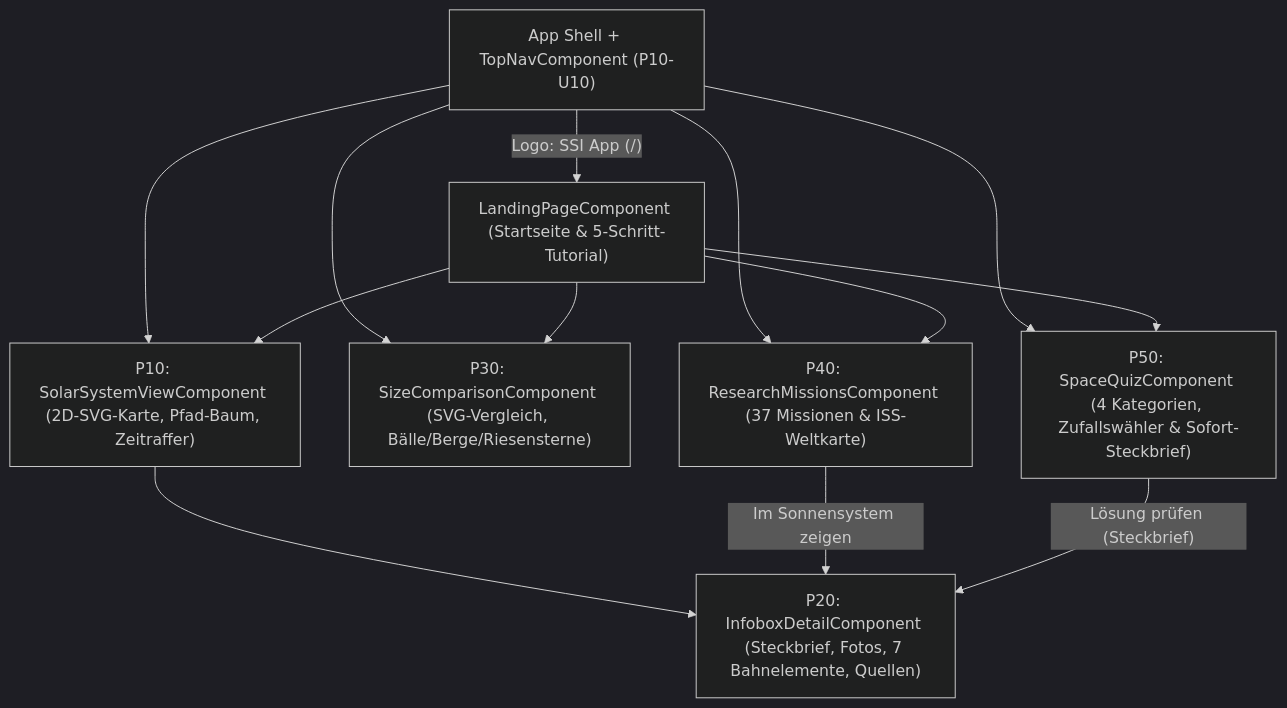
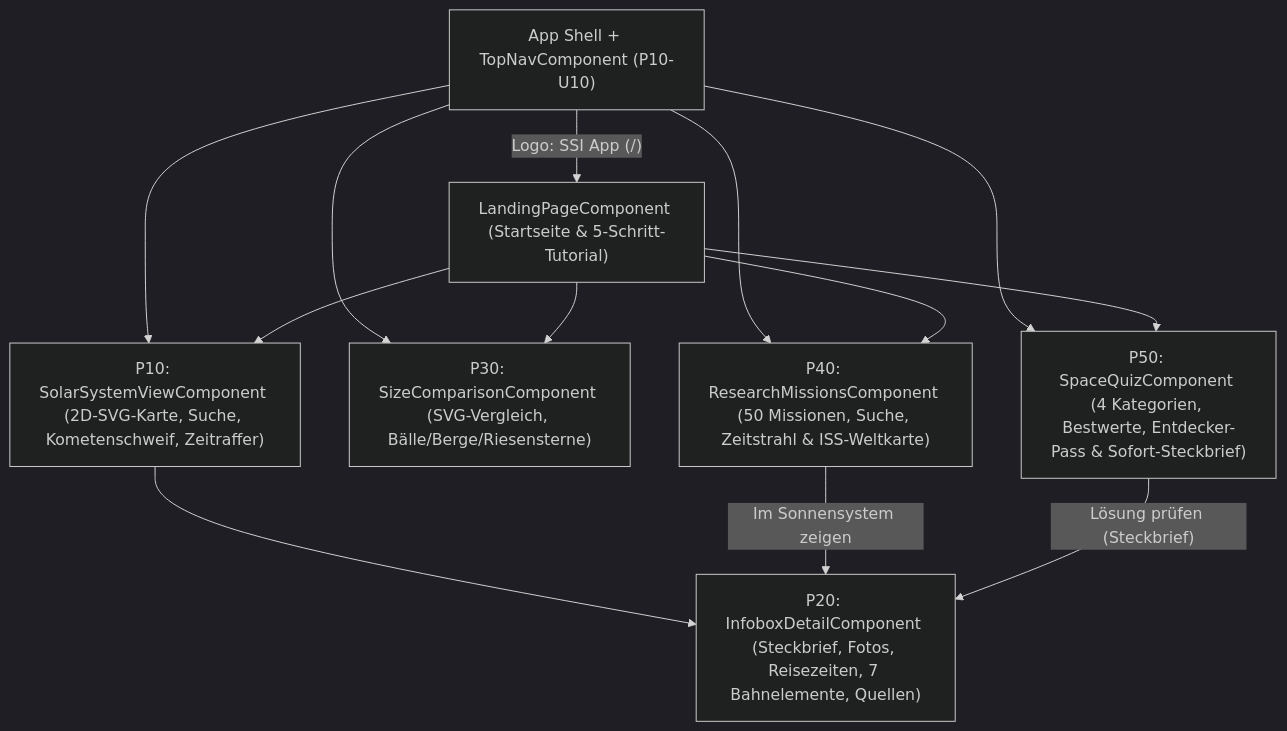
Before and after one commit to J-Moessmer/BITLC-Angular-Solarsystem-Finalproject: the diagram in README.md, drawn with Mermaid (dark theme). The commit also changed other lines of this file and 27 other files, not shown here.

````diff
--- a/README.md
+++ b/README.md
@@ -23,23 +23,23 @@
 ```mermaid
 flowchart TD
     App["App Shell + TopNavComponent (P10-U10)"]
     Home["LandingPageComponent (Startseite & 5-Schritt-Tutorial)"]
-    P10["P10: SolarSystemViewComponent (2D-SVG-Karte, Pfad-Baum, Zeitraffer)"]
-    P20["P20: InfoboxDetailComponent (Steckbrief, Fotos, 7 Bahnelemente, Quellen)"]
+    P10["P10: SolarSystemViewComponent (2D-SVG-Karte, Suche, Kometenschweif, Zeitraffer)"]
+    P20["P20: InfoboxDetailComponent (Steckbrief, Fotos, Reisezeiten, 7 Bahnelemente, Quellen)"]
     P30["P30: SizeComparisonComponent (SVG-Vergleich, Bälle/Berge/Riesensterne)"]
-    P40["P40: ResearchMissionsComponent (37 Missionen & ISS-Weltkarte)"]
-    P50["P50: SpaceQuizComponent (4 Kategorien, Zufallswähler & Sofort-Steckbrief)"]
+    P40["P40: ResearchMissionsComponent (50 Missionen, Suche, Zeitstrahl & ISS-Weltkarte)"]
+    P50["P50: SpaceQuizComponent (4 Kategorien, Bestwerte, Entdecker-Pass & Sofort-Steckbrief)"]
 
     App -->|"Logo: SSI App (/)"| Home
     App --> P10
     App --> P30
     App --> P40
     App --> P50
     Home --> P10
     Home --> P30
     Home --> P40
     Home --> P50
     P10 --> P20
     P40 -->|"Im Sonnensystem zeigen"| P20
     P50 -->|"Lösung prüfen (Steckbrief)"| P20
 ```
````
